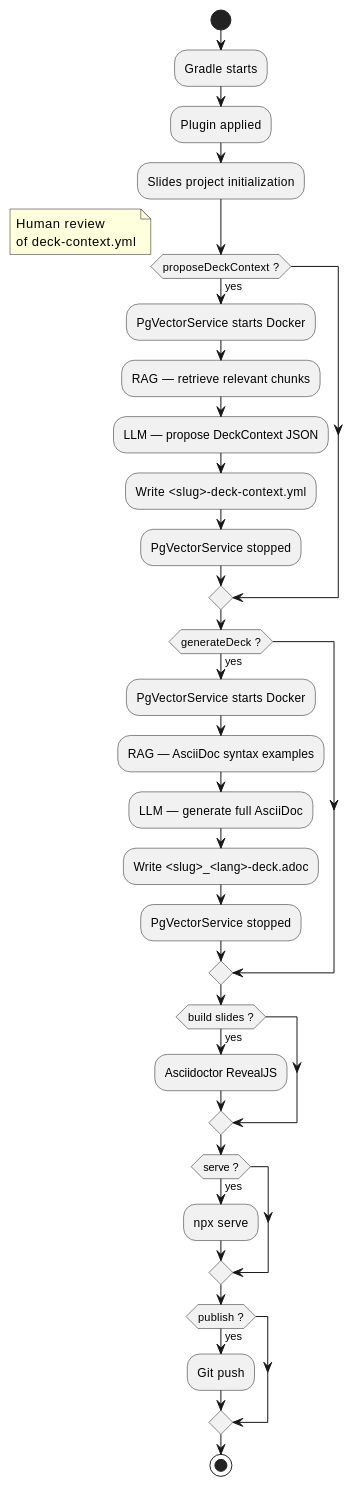
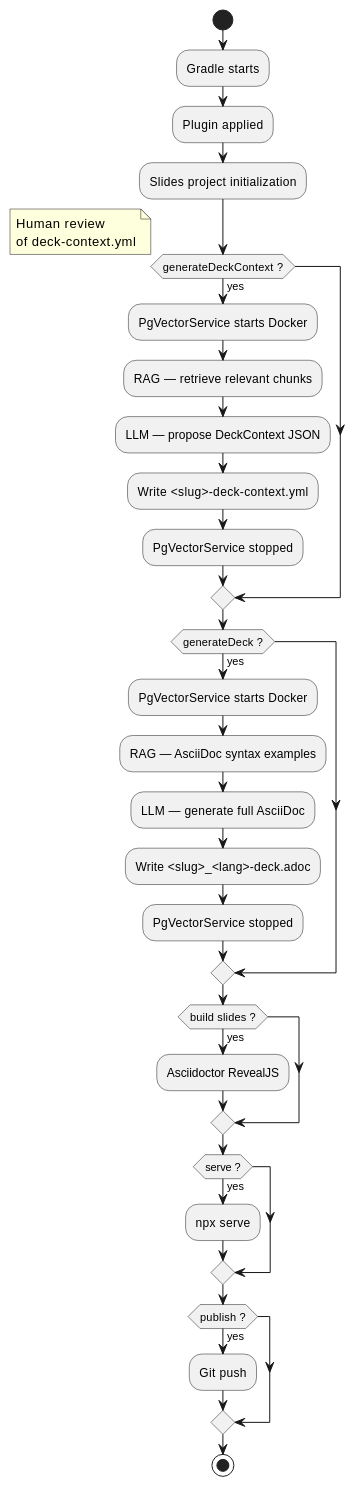
One commit to cheroliv/slider-gradle changed the second of 10 diagrams in README_truth.adoc. Above: the diagram before and after it, drawn with PlantUML. The commit also changed other lines of this file and 13 other files, not shown here.

Commit message:
EPIC K K-1: renommage taxonomie (generateSlides, generateDashboard, deploySlides, generateCapsule, generateDeckContext, collectRagIndex) + groupes

```diff
--- a/README_truth.adoc
+++ b/README_truth.adoc
@@ -65,43 +65,43 @@
 [plantuml]
 ----
 @startuml
 start
 :Gradle starts;
 :Plugin applied;
 :Slides project initialization;
 
-if (proposeDeckContext ?) then (yes)
+if (generateDeckContext ?) then (yes)
   :PgVectorService starts Docker;
   :RAG — retrieve relevant chunks;
   :LLM — propose DeckContext JSON;
   :Write <slug>-deck-context.yml;
   :PgVectorService stopped;
 endif
 
 note right
   Human review
   of deck-context.yml
 end note
 
 if (generateDeck ?) then (yes)
   :PgVectorService starts Docker;
   :RAG — AsciiDoc syntax examples;
   :LLM — generate full AsciiDoc;
   :Write <slug>_<lang>-deck.adoc;
   :PgVectorService stopped;
 endif
 
 if (build slides ?) then (yes)
   :Asciidoctor RevealJS;
 endif
 
 if (serve ?) then (yes)
   :npx serve;
 endif
 
 if (publish ?) then (yes)
   :Git push;
 endif
 stop
 @enduml
 ----
```
